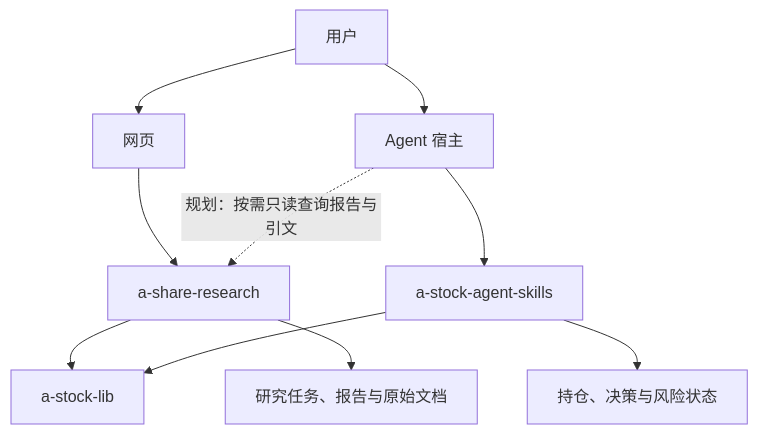
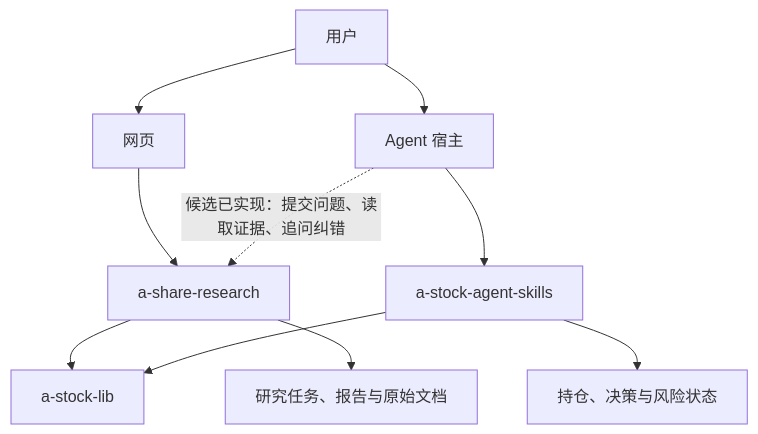
One commit to on195594/a-share-research changed the diagram in docs/project-contract.md. Above: the diagram before and after it, drawn with Mermaid. The commit also changed other lines of this file and 25 other files, not shown here.

````diff
--- a/docs/project-contract.md
+++ b/docs/project-contract.md
@@ -11,12 +11,12 @@
 ```mermaid
 flowchart TD
     U[用户] --> W[网页]
     W --> R[a-share-research]
     U --> H[Agent 宿主]
     H --> S[a-stock-agent-skills]
     R --> L[a-stock-lib]
     S --> L
     R --> RD[研究任务、报告与原始文档]
     S --> SD[持仓、决策与风险状态]
-    H -. 规划：按需只读查询报告与引文 .-> R
+    H -. 候选已实现：提交问题、读取证据、追问纠错 .-> R
 ```
````
